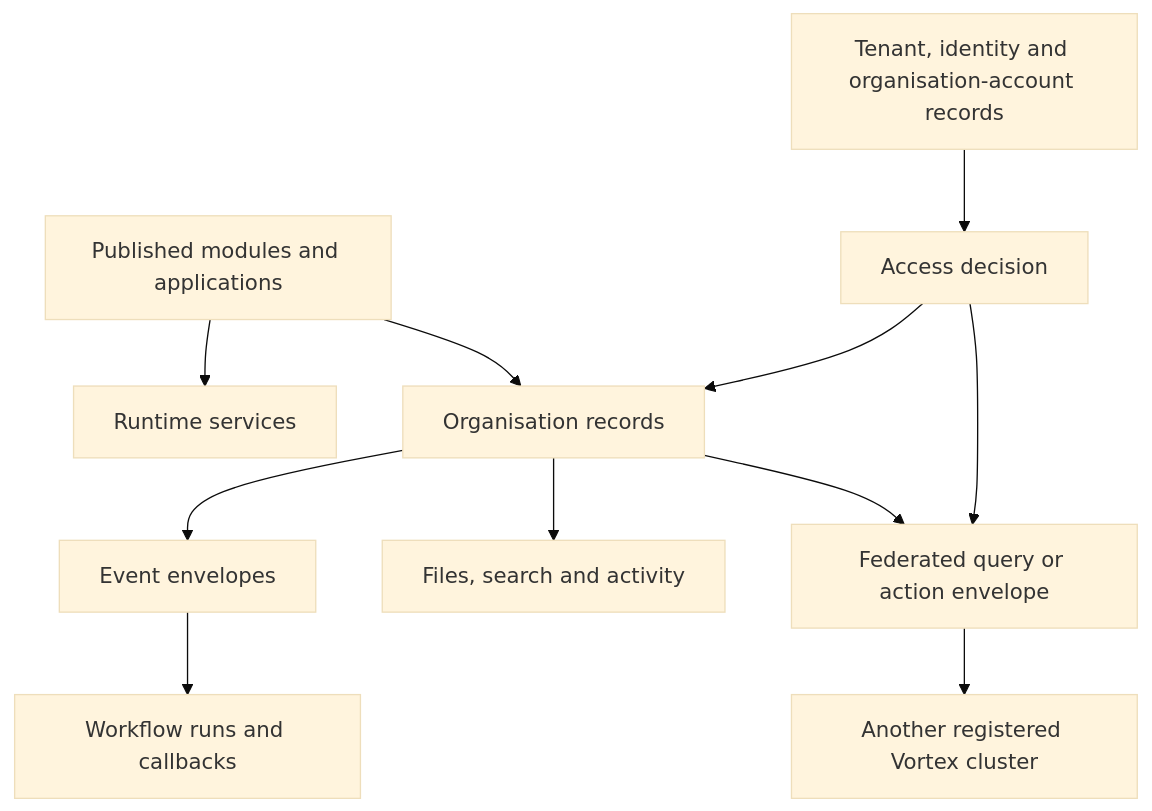
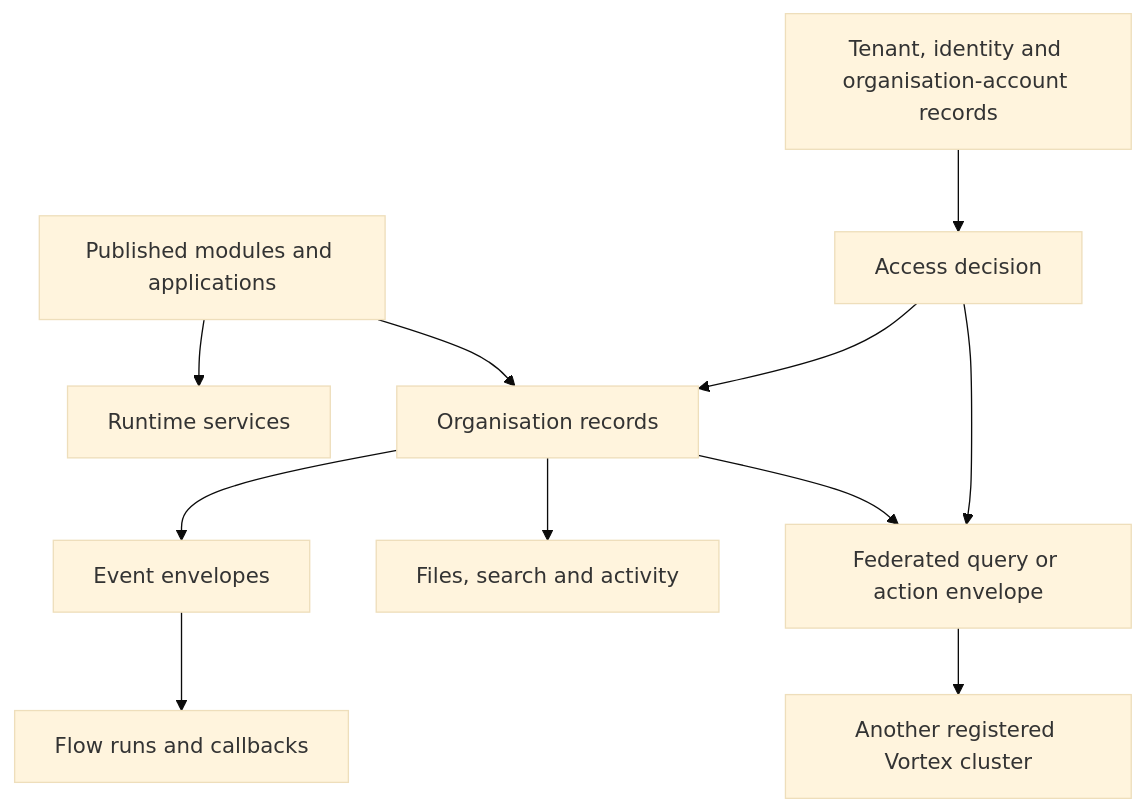
One commit to Abzum-NZ/Abzum-Vortex changed the second of 8 diagrams in docs/specification/appendices/data-contracts.md. Above: the diagram before and after it, drawn with Mermaid (base theme). The commit also changed other lines of this file and 6 other files, not shown here.

First line of the commit message:
#978 Align the workflow, application and runtime-service specification with the flow language

````diff
--- a/docs/specification/appendices/data-contracts.md
+++ b/docs/specification/appendices/data-contracts.md
@@ -27,13 +27,13 @@
 ```mermaid
 flowchart TD
     DEF[Published modules and applications] --> RUNTIME[Runtime services]
     ID[Tenant, identity and organisation-account records] --> ACCESS[Access decision]
     ACCESS --> RECORD[Organisation records]
     DEF --> RECORD
     RECORD --> EVENT[Event envelopes]
-    EVENT --> RUN[Workflow runs and callbacks]
+    EVENT --> RUN[Flow runs and callbacks]
     RECORD --> FILE[Files, search and activity]
     RECORD --> FED[Federated query or action envelope]
     ACCESS --> FED
     FED --> REMOTE[Another registered Vortex cluster]
 ```
````
